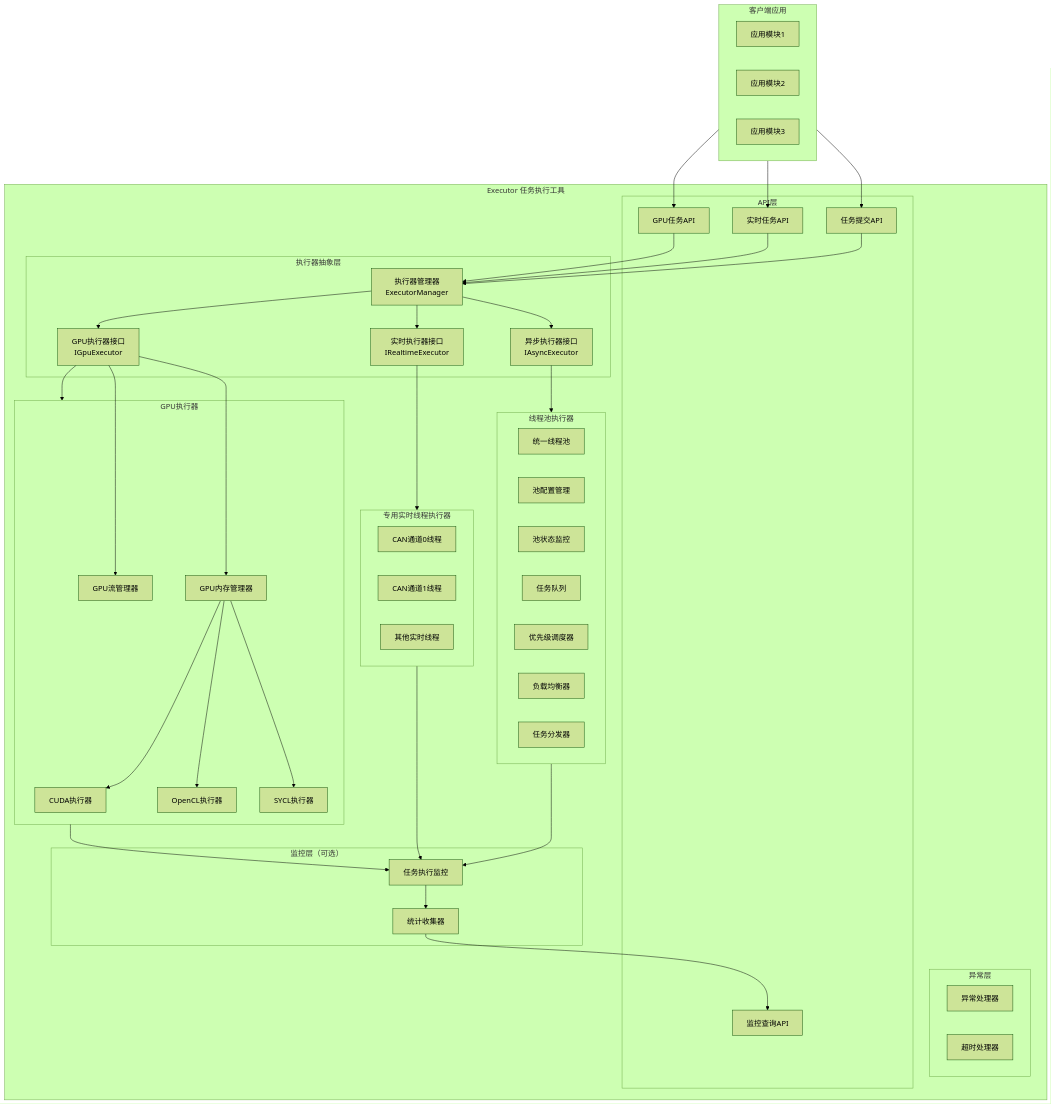
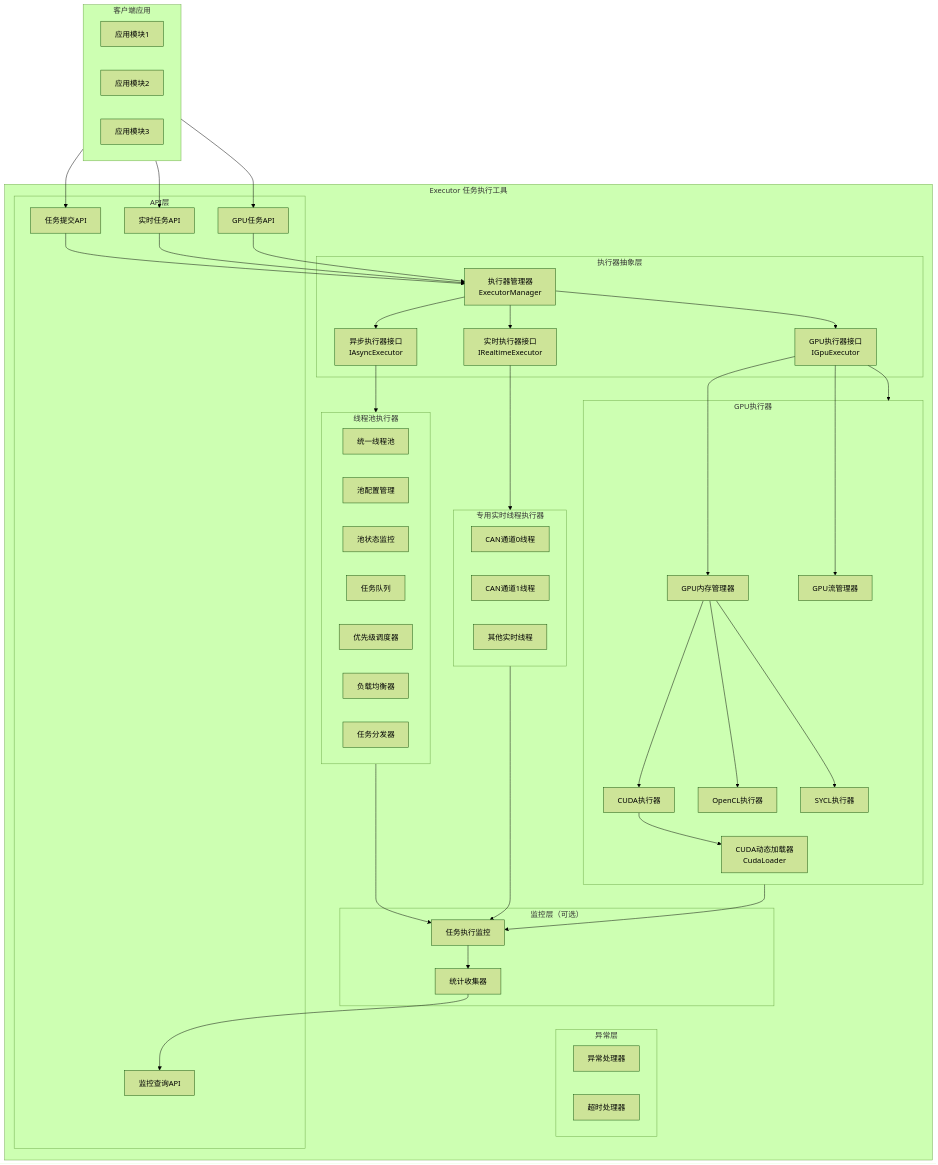
One commit to Linductor-alkaid/executor changed the diagram in docs/design/gpu_executor.md. Above: the diagram before and after it, drawn with Mermaid (forest theme). The commit also changed other lines of this file and 1 other file, not shown here.

```diff
--- a/docs/design/gpu_executor.md
+++ b/docs/design/gpu_executor.md
@@ -52,6 +52,7 @@
         end
         
         subgraph gpu_executor[GPU执行器]
+            cuda_loader[CUDA动态加载器<br/>CudaLoader]
             cuda_executor[CUDA执行器]
             opencl_executor[OpenCL执行器]
             sycl_executor[SYCL执行器]
@@ -100,6 +101,7 @@
     %% GPU执行器内部流
     gpu_executor_interface --> gpu_memory_manager
     gpu_executor_interface --> gpu_stream_manager
+    cuda_executor --> cuda_loader
     gpu_memory_manager --> cuda_executor
     gpu_memory_manager --> opencl_executor
     gpu_memory_manager --> sycl_executor
```
